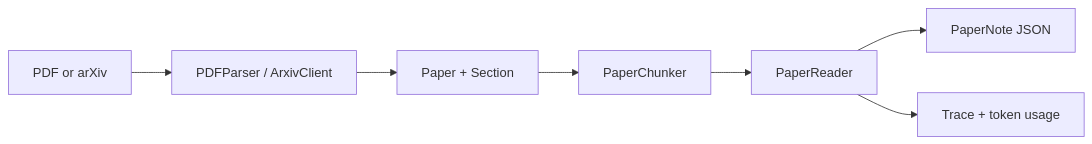
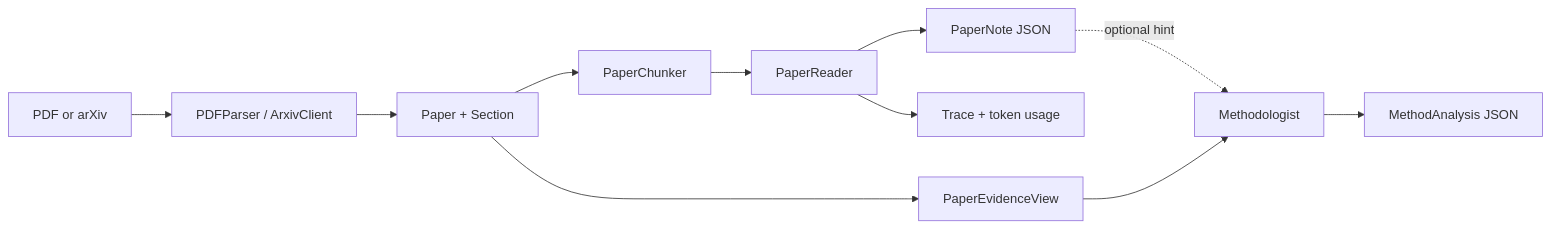
Before and after one commit to selfrestart/26Summer: the first of 2 diagrams in repro-forge/docs/index.md, drawn with Mermaid. The commit also changed other lines of this file and 59 other files, not shown here.

````diff
--- a/repro-forge/docs/index.md
+++ b/repro-forge/docs/index.md
@@ -95,9 +94,13 @@
 ```mermaid
 flowchart LR
     INPUT[PDF or arXiv] --> PARSE[PDFParser / ArxivClient]
     PARSE --> PAPER[Paper + Section]
     PAPER --> CHUNK[PaperChunker]
     CHUNK --> READER[PaperReader]
     READER --> NOTE[PaperNote JSON]
     READER --> TRACE[Trace + token usage]
+    PAPER --> EVIDENCE[PaperEvidenceView]
+    NOTE -. optional hint .-> METHOD[Methodologist]
+    EVIDENCE --> METHOD
+    METHOD --> ANALYSIS[MethodAnalysis JSON]
 ```
````
